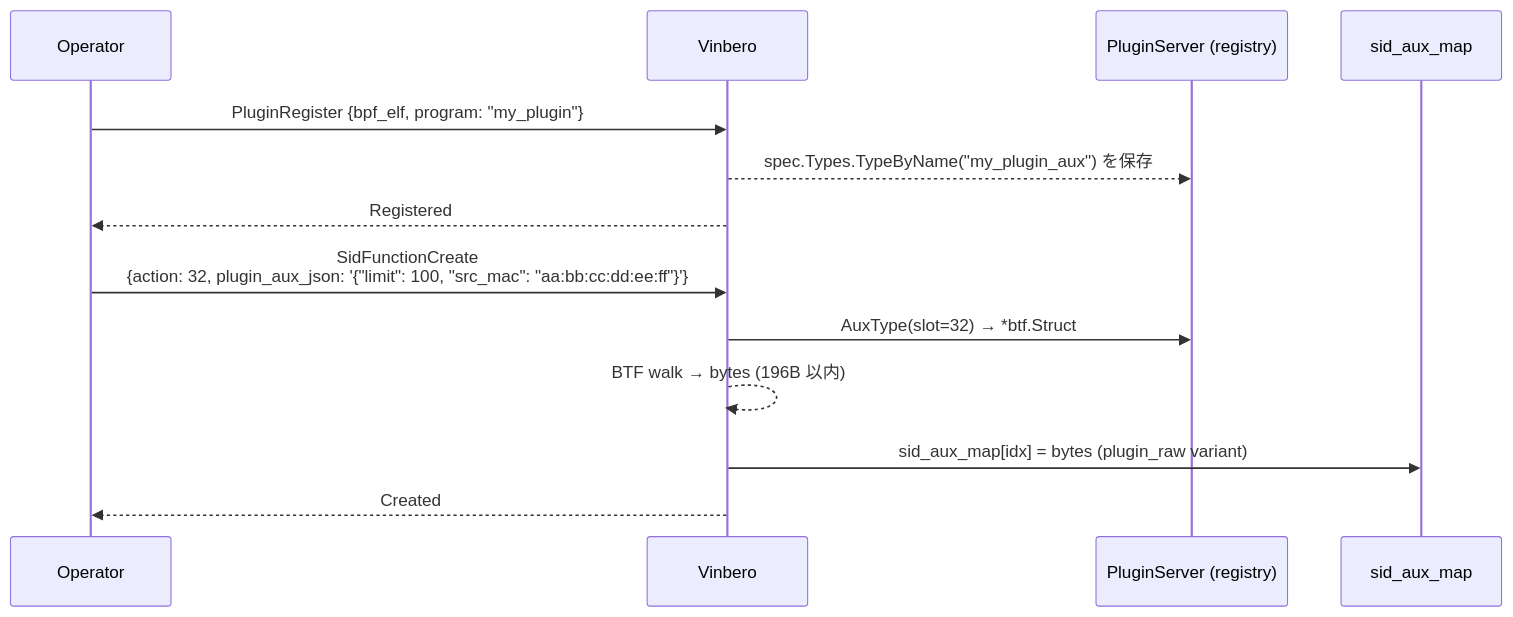
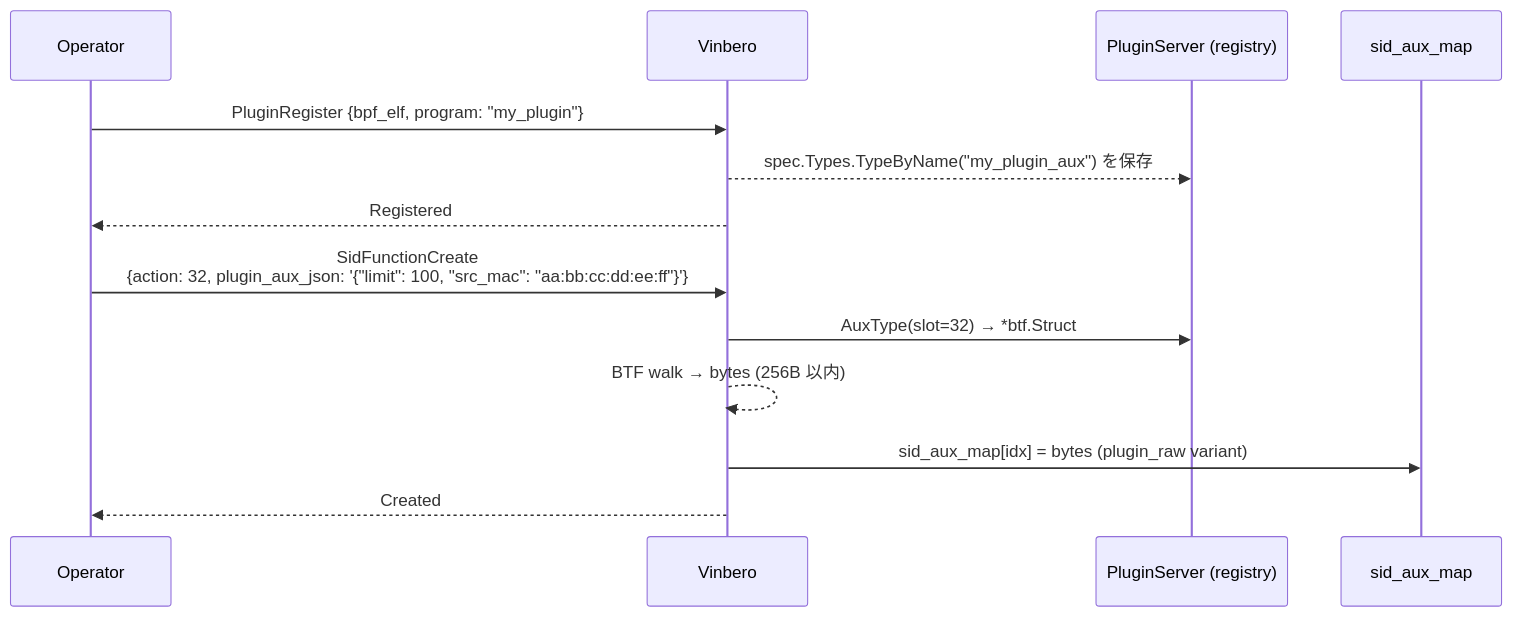
Diagram 16 of 22 in docs/design/ja/api_sequence.md (takehaya/Vinbero), drawn with Mermaid before and after one commit. The commit also changed 5 other files, not shown here.

````diff
--- a/docs/design/ja/api_sequence.md
+++ b/docs/design/ja/api_sequence.md
@@ -559,17 +559,17 @@
 ```mermaid
 sequenceDiagram
     participant Op as Operator
     participant V as Vinbero
     participant PS as PluginServer (registry)
     participant AM as sid_aux_map
 
     Op->>V: PluginRegister {bpf_elf, program: "my_plugin"}
     V-->>PS: spec.Types.TypeByName("my_plugin_aux") を保存
     V-->>Op: Registered
 
     Op->>V: SidFunctionCreate<br/>{action: 32, plugin_aux_json: '{"limit": 100, "src_mac": "aa:bb:cc:dd:ee:ff"}'}
     V->>PS: AuxType(slot=32) → *btf.Struct
-    V-->>V: BTF walk → bytes (196B 以内)
+    V-->>V: BTF walk → bytes (256B 以内)
     V->>AM: sid_aux_map[idx] = bytes (plugin_raw variant)
     V-->>Op: Created
 ```
````
